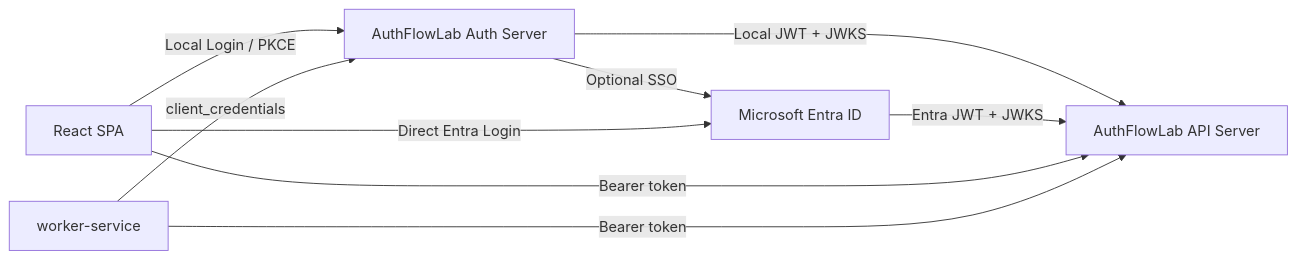
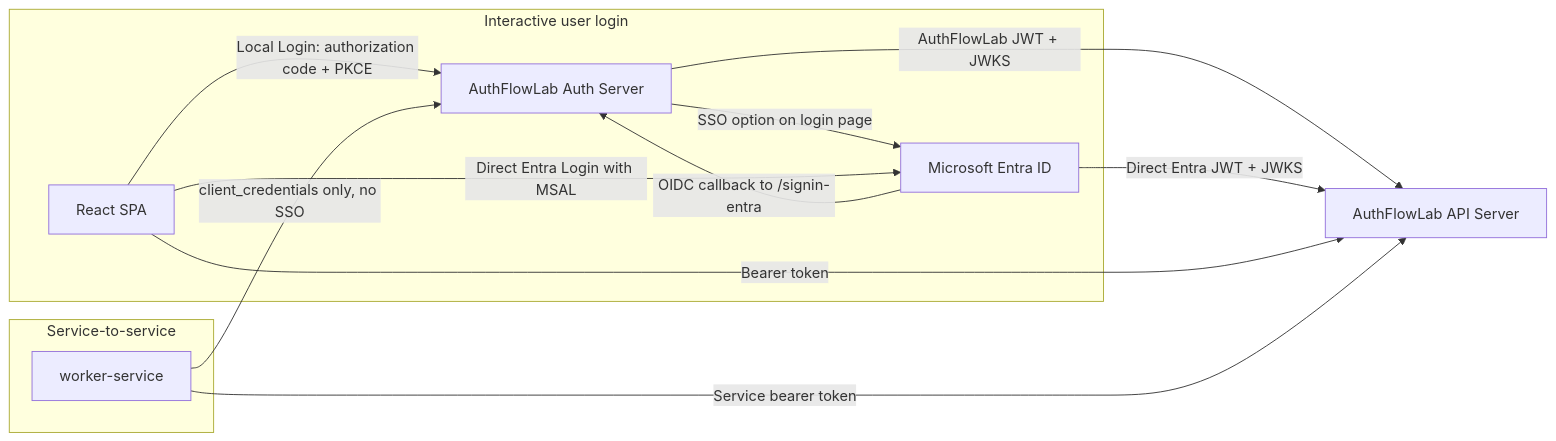
The diagram in README.md (haoyucheng369-gif/EnterpriseIdentityPlatform), drawn with Mermaid before and after one commit. The commit also changed other lines of this file, not shown here.

Commit message:
Clarify README login paths

````diff
--- a/README.md
+++ b/README.md
@@ -30,11 +30,22 @@
 ```mermaid
 flowchart LR
-    SPA[React SPA] -->|Local Login / PKCE| Auth[AuthFlowLab Auth Server]
-    Auth -->|Optional SSO| Entra[Microsoft Entra ID]
-    SPA -->|Direct Entra Login| Entra
-    Auth -->|Local JWT + JWKS| API[AuthFlowLab API Server]
-    Entra -->|Entra JWT + JWKS| API
-    Worker[worker-service] -->|client_credentials| Auth
+    subgraph InteractiveUserLogin[Interactive user login]
+        SPA[React SPA]
+        Auth[AuthFlowLab Auth Server]
+        Entra[Microsoft Entra ID]
+        SPA -->|Local Login: authorization code + PKCE| Auth
+        Auth -->|SSO option on login page| Entra
+        Entra -->|OIDC callback to /signin-entra| Auth
+        SPA -->|Direct Entra Login with MSAL| Entra
+    end
+
+    subgraph ServiceToService[Service-to-service]
+        Worker[worker-service]
+        Worker -->|client_credentials only, no SSO| Auth
+    end
+
+    Auth -->|AuthFlowLab JWT + JWKS| API[AuthFlowLab API Server]
+    Entra -->|Direct Entra JWT + JWKS| API
     SPA -->|Bearer token| API
-    Worker -->|Bearer token| API
+    Worker -->|Service bearer token| API
 ```
````
